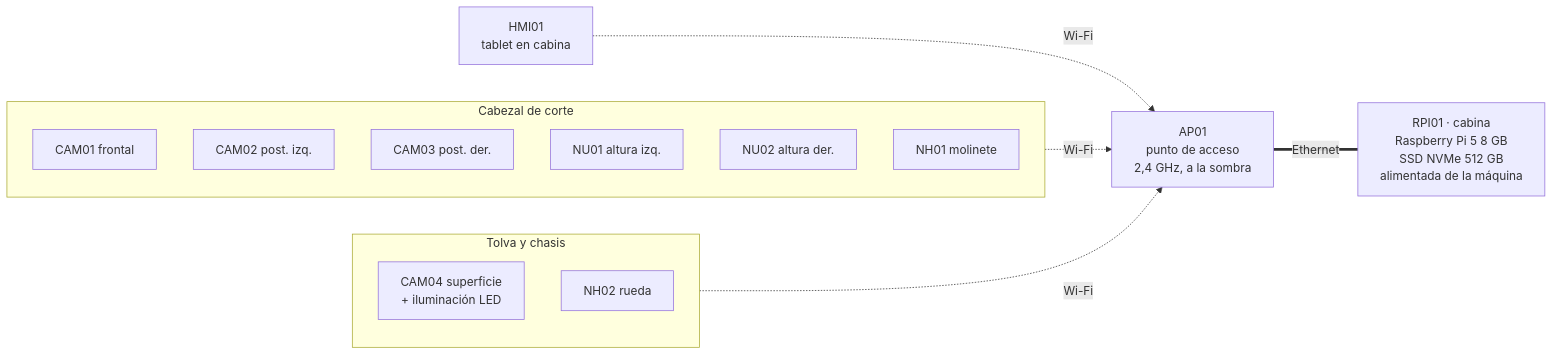
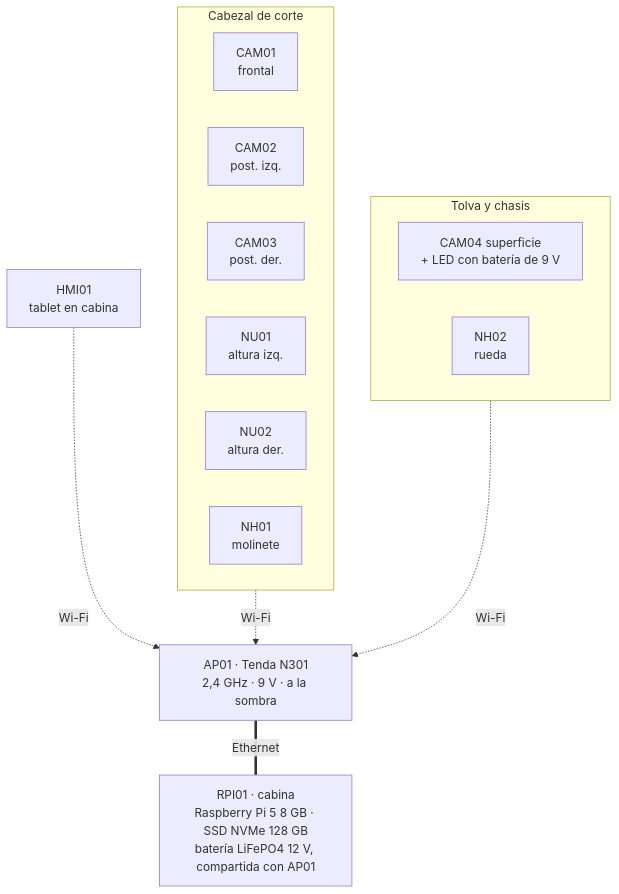
The diagram in docs/diagramas/01-mapa-fisico.mmd (Camilo1408/config-ricevi), drawn with Mermaid before and after one commit. The commit also changed 19 other files, not shown here.

First line of the commit message:
Documentacion v1.2 completa: docs/02, docs/03, diagramas y entregables

```diff
--- a/docs/diagramas/01-mapa-fisico.mmd
+++ b/docs/diagramas/01-mapa-fisico.mmd
@@ -1,17 +1,19 @@
-flowchart LR
+flowchart TB
   subgraph CABEZAL["Cabezal de corte"]
-    C1["CAM01 frontal"]
-    C2["CAM02 post. izq."]
-    C3["CAM03 post. der."]
-    NU1["NU01 altura izq."]
-    NU2["NU02 altura der."]
-    NH1["NH01 molinete"]
+    direction LR
+    C1["CAM01<br/>frontal"]
+    C2["CAM02<br/>post. izq."]
+    C3["CAM03<br/>post. der."]
+    NU1["NU01<br/>altura izq."]
+    NU2["NU02<br/>altura der."]
+    NH1["NH01<br/>molinete"]
   end
   subgraph MAQ["Tolva y chasis"]
-    C4["CAM04 superficie<br/>+ iluminación LED"]
-    NH2["NH02 rueda"]
+    direction LR
+    C4["CAM04 superficie<br/>+ LED con batería de 9 V"]
+    NH2["NH02<br/>rueda"]
   end
-  CABEZAL -.->|"Wi-Fi"| AP["AP01<br/>punto de acceso<br/>2,4 GHz, a la sombra"]
+  CABEZAL -.->|"Wi-Fi"| AP["AP01 · Tenda N301<br/>2,4 GHz · 9 V · a la sombra"]
   MAQ -.->|"Wi-Fi"| AP
   HMI["HMI01<br/>tablet en cabina"] -.->|"Wi-Fi"| AP
-  AP ===|"Ethernet"| RPI["RPI01 · cabina<br/>Raspberry Pi 5 8 GB<br/>SSD NVMe 512 GB<br/>alimentada de la máquina"]
+  AP ===|"Ethernet"| RPI["RPI01 · cabina<br/>Raspberry Pi 5 8 GB · SSD NVMe 128 GB<br/>batería LiFePO4 12 V, compartida con AP01"]
```
